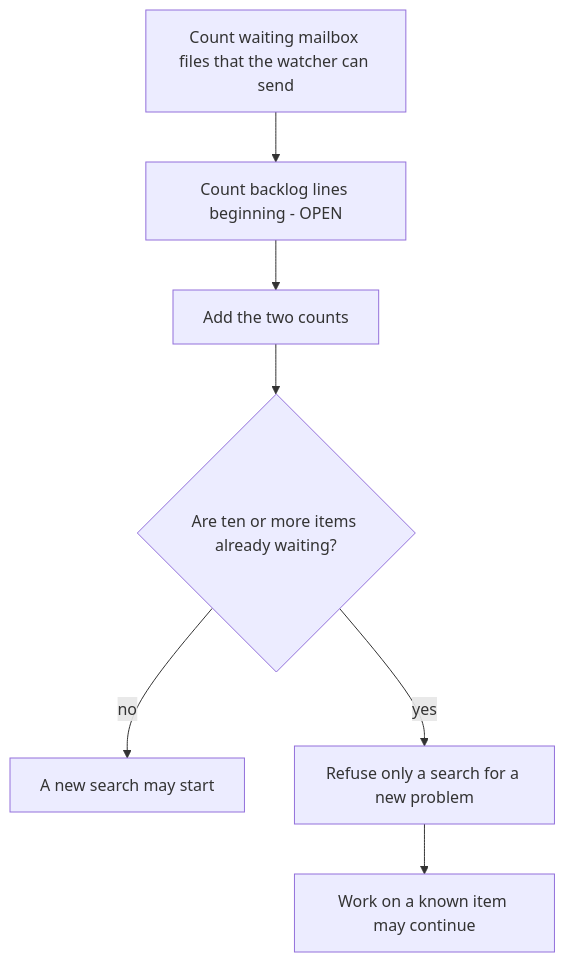
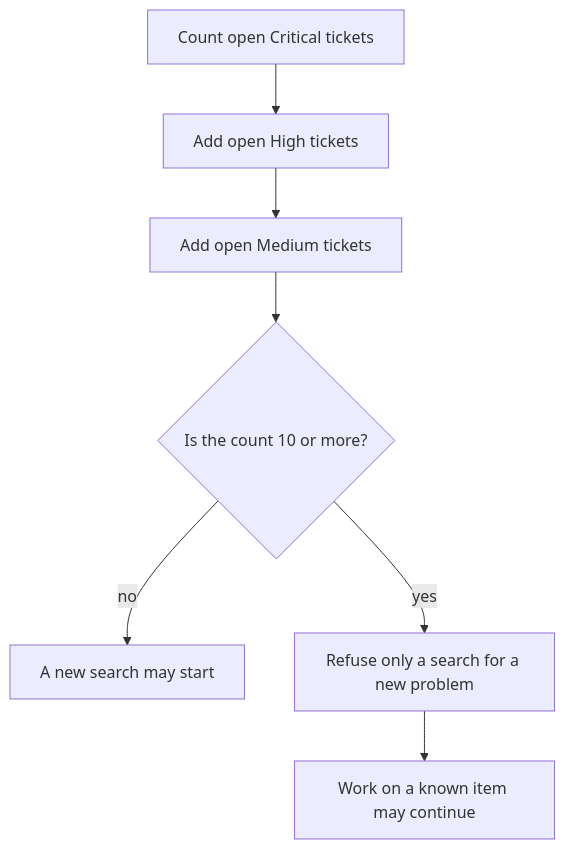
One commit to SBU-COSMOLIKE/emulators_code_v2 changed the fifth of 5 diagrams in ai/README.md. Above: the diagram before and after it, drawn with Mermaid. The commit also changed other lines of this file and 35 other files, not shown here.

````diff
--- a/ai/README.md
+++ b/ai/README.md
@@ -844,9 +1019,9 @@
 ```mermaid
 flowchart TD
-  Q["Count waiting mailbox files that the watcher can send"] --> B["Count backlog lines beginning - OPEN"]
-  B --> N["Add the two counts"]
-  N --> T{"Are ten or more items already waiting?"}
+  B["Count open Critical tickets"] --> H["Add open High tickets"]
+  H --> M["Add open Medium tickets"]
+  M --> T{"Is the count 10 or more?"}
   T -->|"no"| O["A new search may start"]
   T -->|"yes"| X["Refuse only a search for a new problem"]
   X --> C["Work on a known item may continue"]
 ```
````
